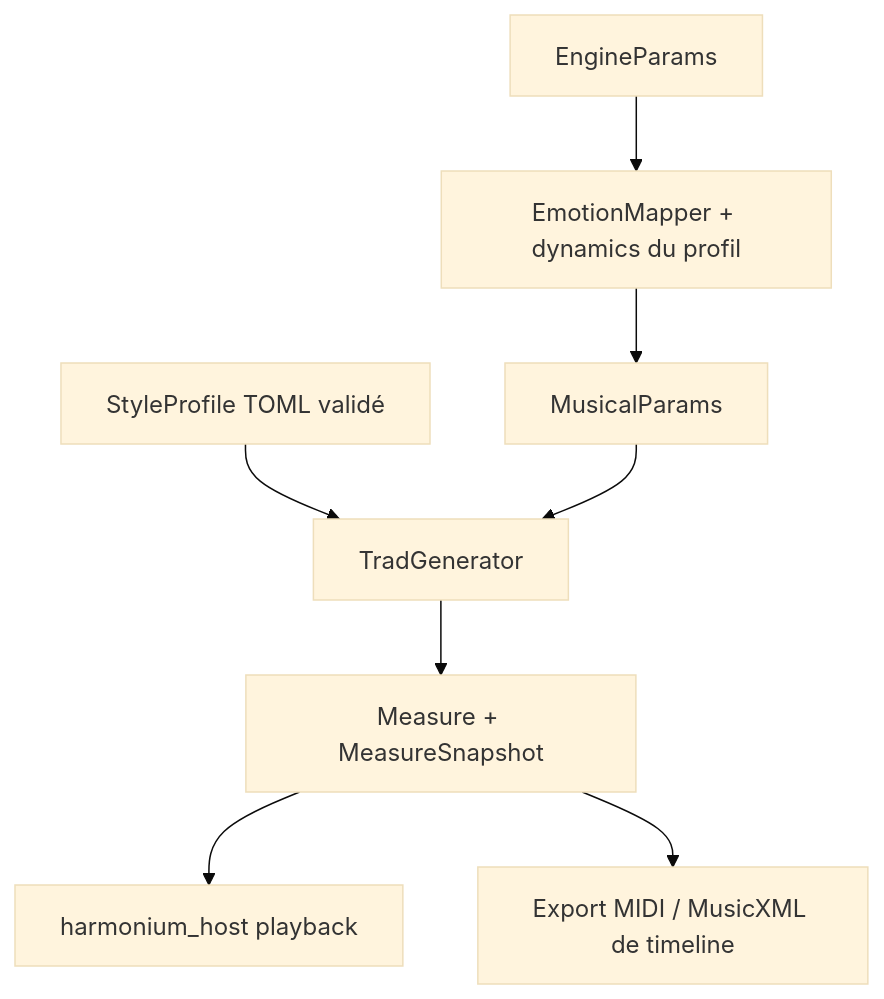
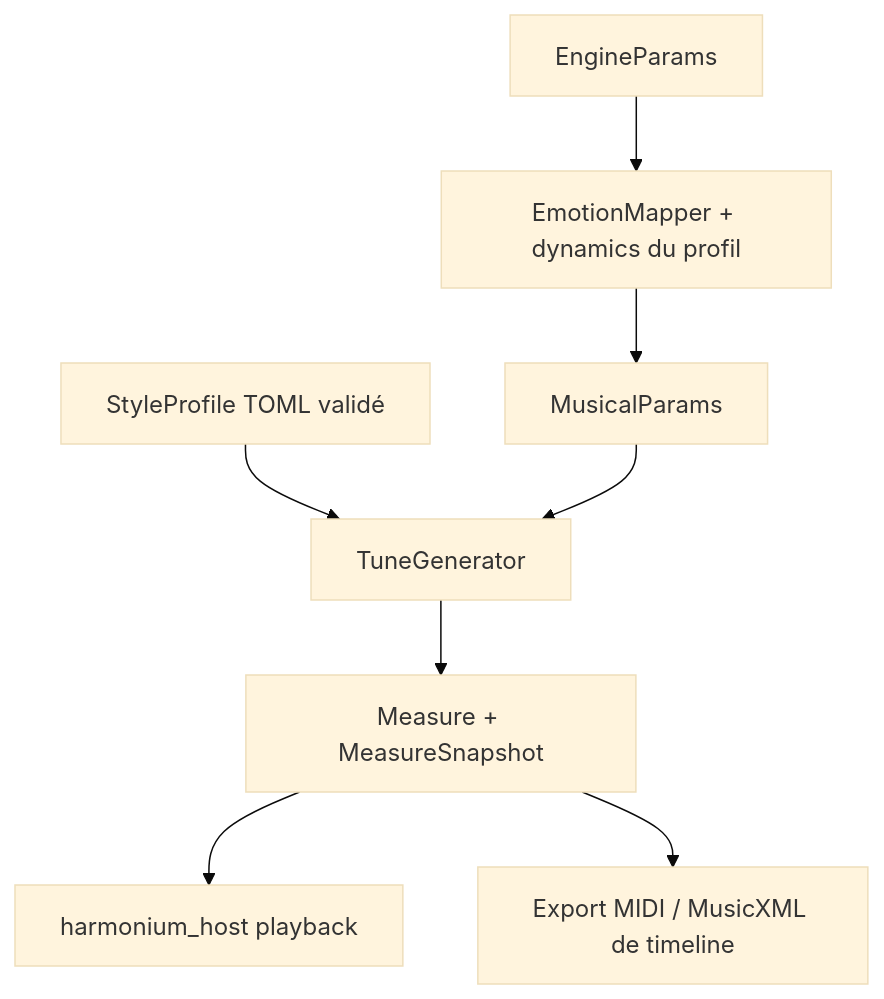
Before and after one commit to estran-studio/harmonium: the diagram in harmonium_core/README.md, drawn with Mermaid (base theme). The commit also changed other lines of this file and 84 other files, not shown here.

Commit message:
refactor(018): N1 étape 2 — types et modules du générateur nommés selon le rôle (TuneGenerator, MelodyLine, PercussionTable…)

````diff
--- a/harmonium_core/README.md
+++ b/harmonium_core/README.md
@@ -9,10 +9,10 @@
 ```mermaid
 graph TD
-    Profile[StyleProfile TOML validé] --> Gen[TradGenerator]
+    Profile[StyleProfile TOML validé] --> Gen[TuneGenerator]
     Emotions[EngineParams] --> Mapper[EmotionMapper + dynamics du profil]
     Mapper --> Params[MusicalParams]
     Params --> Gen
     Gen --> Measures[Measure + MeasureSnapshot]
     Measures --> Host[harmonium_host playback]
     Measures --> Export[Export MIDI / MusicXML de timeline]
 ```
````
